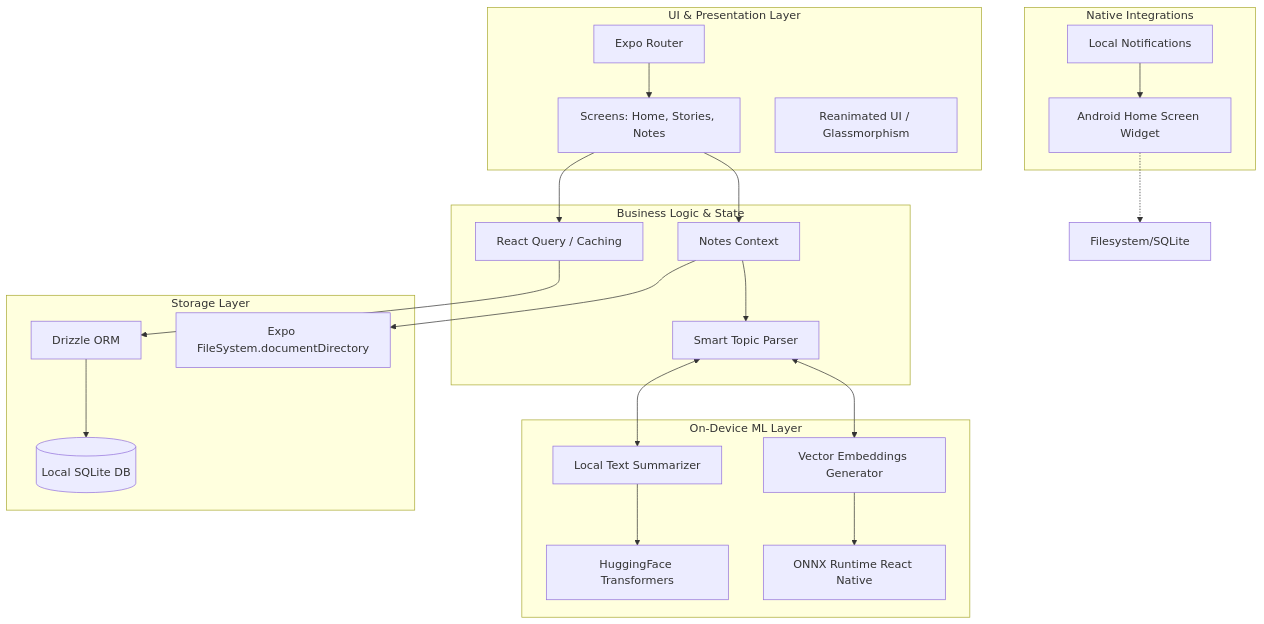
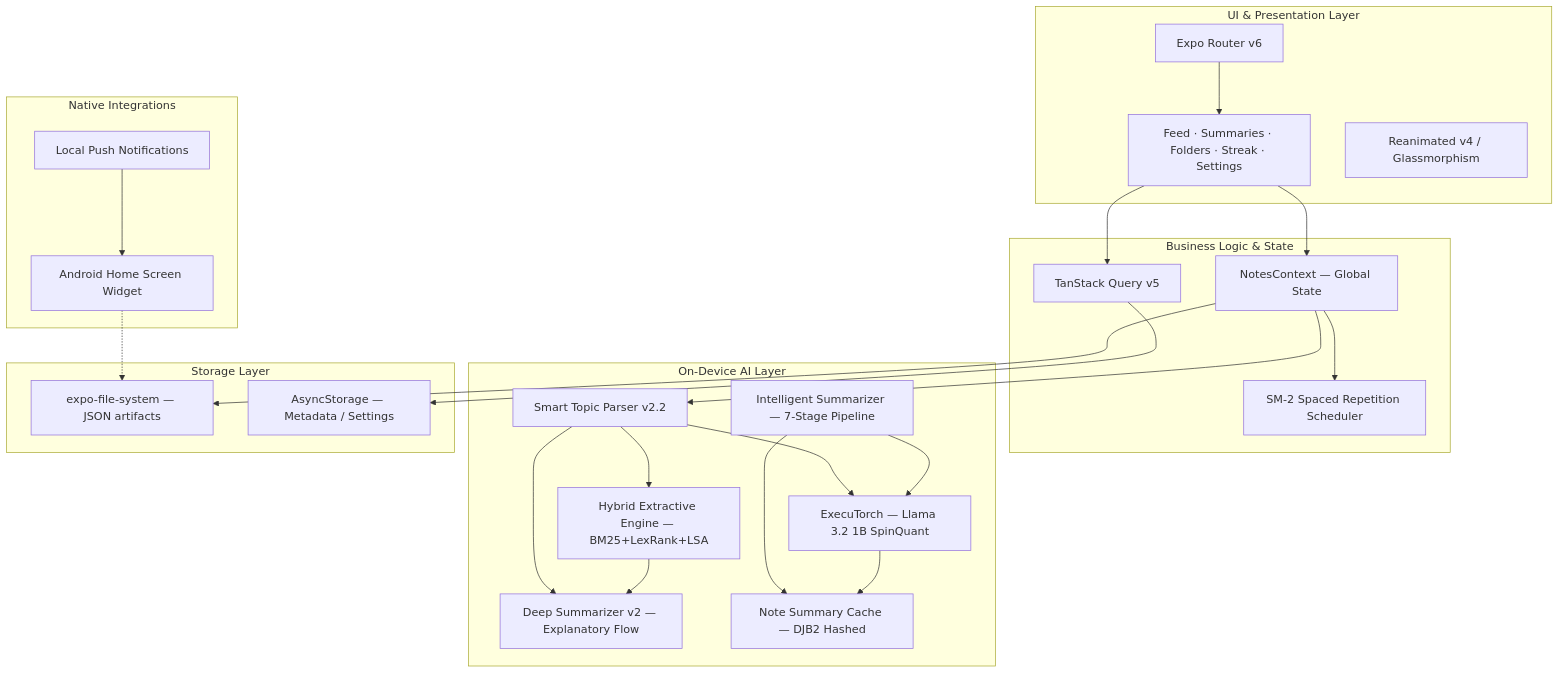
One commit to VaranasiRahul/RVX-AI-NOTES-PUBLIC changed the first of 2 diagrams in README.md. Above: the diagram before and after it, drawn with Mermaid. The commit also changed other lines of this file and 3 other files, not shown here.

````diff
--- a/README.md
+++ b/README.md
@@ -79,52 +145,50 @@
 ```mermaid
 graph TD
-    subgraph UI Layer [UI & Presentation Layer]
-        Router[Expo Router]
-        Screens[Screens: Home, Stories, Notes]
-        Gestures[Reanimated UI / Glassmorphism]
+    subgraph UI_Layer [UI & Presentation Layer]
+        Router[Expo Router v6]
+        Screens[Feed · Summaries · Folders · Streak · Settings]
+        Reanimated[Reanimated v4 / Glassmorphism]
     end
 
-    subgraph Logic Layer [Business Logic & State]
-        ReactQuery[React Query / Caching]
-        Context[Notes Context]
-        Parser[Smart Topic Parser]
+    subgraph Logic_Layer [Business Logic & State]
+        Context[NotesContext — Global State]
+        ReactQuery[TanStack Query v5]
+        SM2[SM-2 Spaced Repetition Scheduler]
     end
 
-    subgraph Local AI Engine [On-Device ML Layer]
-        HF[HuggingFace Transformers]
-        ONNX[ONNX Runtime React Native]
-        Summarizer[Local Text Summarizer]
-        Embeddings[Vector Embeddings Generator]
+    subgraph AI_Layer [On-Device AI Layer]
+        LLM[ExecuTorch — Llama 3.2 1B SpinQuant]
+        IntelligentSummarizer[Intelligent Summarizer — 7-Stage Pipeline]
+        Parser[Smart Topic Parser v2.2]
+        LocalSummarizer[Hybrid Extractive Engine — BM25+LexRank+LSA]
+        DeepSummarizer[Deep Summarizer v2 — Explanatory Flow]
+        SummaryCache[Note Summary Cache — DJB2 Hashed]
     end
 
-    subgraph Data Access Layer [Storage Layer]
-        Drizzle[Drizzle ORM]
-        SQLite[(Local SQLite DB)]
-        FileSystem[Expo FileSystem.documentDirectory]
+    subgraph Storage_Layer [Storage Layer]
+        FileSystem[expo-file-system — JSON artifacts]
+        AsyncStorage[AsyncStorage — Metadata / Settings]
     end
 
-    subgraph Native Integrations
+    subgraph Native_Layer [Native Integrations]
         Widget[Android Home Screen Widget]
-        Notifications[Local Notifications]
+        Notifications[Local Push Notifications]
     end
 
-    %% Connections
     Router --> Screens
+    Screens --> Context
     Screens --> ReactQuery
-    Screens --> Context
-    
+    Context --> SM2
     Context --> Parser
-    Parser <--> Summarizer
-    Parser <--> Embeddings
-    
-    Summarizer --> HF
-    Embeddings --> ONNX
-    
-    ReactQuery --> Drizzle
-    Drizzle --> SQLite
-    
+    Parser --> LLM
+    Parser --> LocalSummarizer
+    Parser --> DeepSummarizer
+    IntelligentSummarizer --> LLM
+    IntelligentSummarizer --> SummaryCache
+    LLM --> SummaryCache
+    LocalSummarizer --> DeepSummarizer
     Context --> FileSystem
-    
-    Widget -.-> Filesystem/SQLite
+    ReactQuery --> AsyncStorage
+    Widget -.-> FileSystem
     Notifications --> Widget
 ```
````
